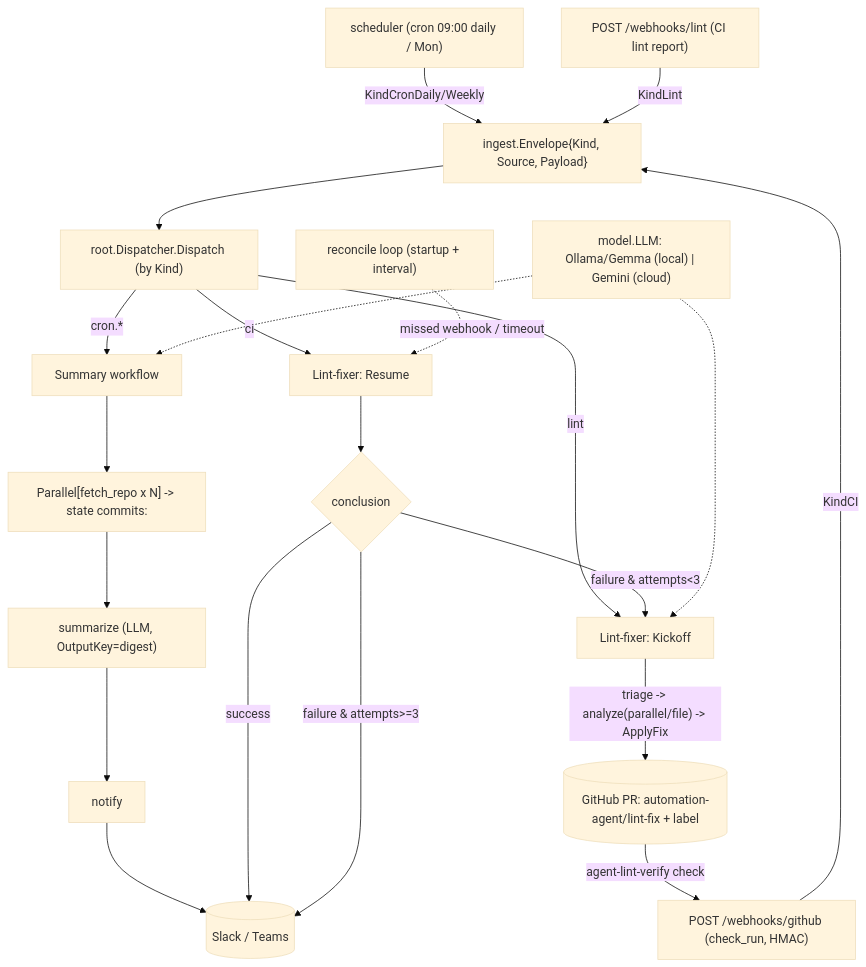
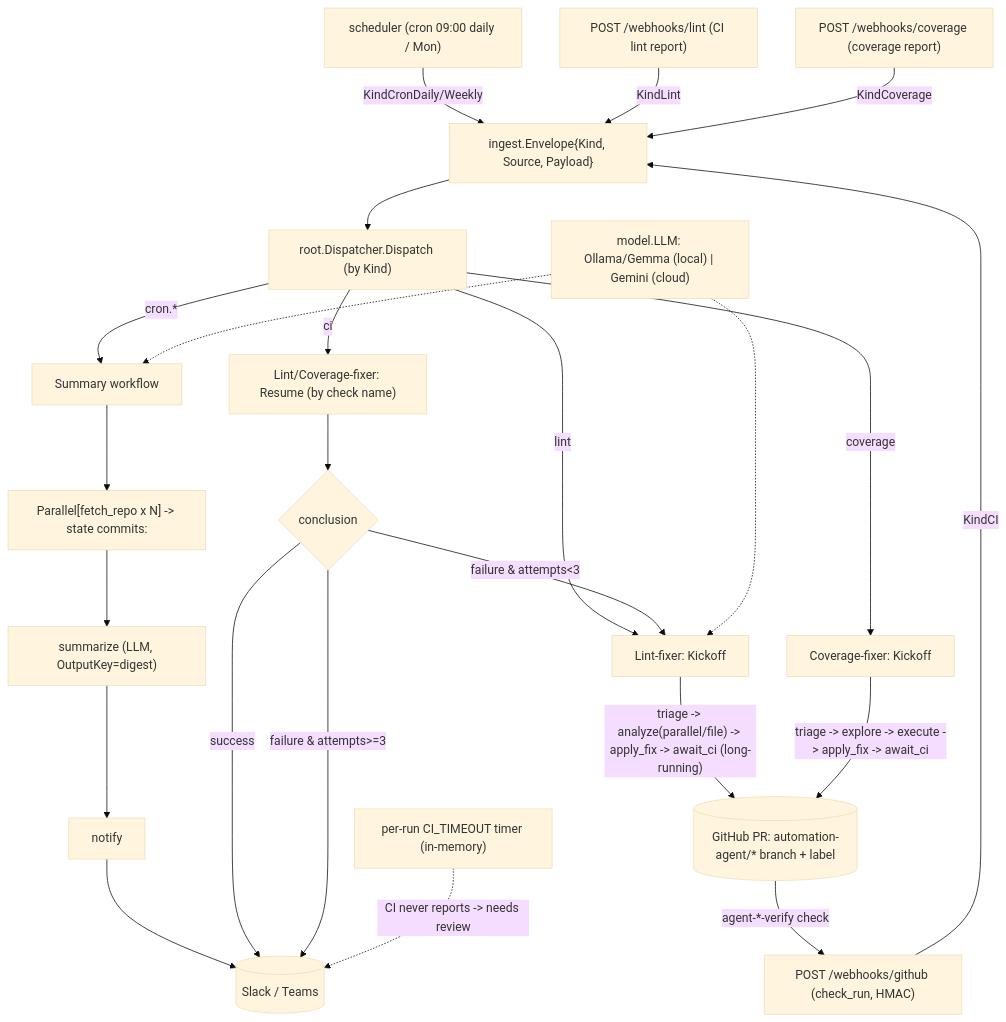
Before and after one commit to jkjamies/automation-agent: the diagram in AGENTS.md, drawn with Mermaid (base theme). The commit also changed other lines of this file and 13 other files, not shown here.

````diff
--- a/AGENTS.md
+++ b/AGENTS.md
@@ -9,25 +34,28 @@
 ```mermaid
 flowchart TD
     Cron["scheduler (cron 09:00 daily / Mon)"] -->|"KindCronDaily/Weekly"| Env["ingest.Envelope{Kind, Source, Payload}"]
     WLint["POST /webhooks/lint (CI lint report)"] -->|KindLint| Env
+    WCov["POST /webhooks/coverage (coverage report)"] -->|KindCoverage| Env
     WCI["POST /webhooks/github (check_run, HMAC)"] -->|KindCI| Env
     Env --> Root["root.Dispatcher.Dispatch (by Kind)"]
     Root -->|"cron.*"| Sum["Summary workflow"]
     Root -->|lint| LFK["Lint-fixer: Kickoff"]
-    Root -->|ci| LFR["Lint-fixer: Resume"]
+    Root -->|coverage| CFK["Coverage-fixer: Kickoff"]
+    Root -->|ci| LFR["Lint/Coverage-fixer: Resume (by check name)"]
 
     Sum --> Par["Parallel[fetch_repo x N] -> state commits:<repo>"]
     Par --> Smz["summarize (LLM, OutputKey=digest)"]
     Smz --> Ntf["notify"] --> Chat[("Slack / Teams")]
 
-    LFK -->|"triage -> analyze(parallel/file) -> ApplyFix"| PR[("GitHub PR: automation-agent/lint-fix + label")]
-    PR -->|"agent-lint-verify check"| WCI
+    LFK -->|"triage -> analyze(parallel/file) -> apply_fix -> await_ci (long-running)"| PR[("GitHub PR: automation-agent/* branch + label")]
+    CFK -->|"triage -> explore -> execute -> apply_fix -> await_ci"| PR
+    PR -->|"agent-*-verify check"| WCI
     LFR --> Dec{conclusion}
     Dec -->|success| Chat
     Dec -->|"failure & attempts<3"| LFK
     Dec -->|"failure & attempts>=3"| Chat
-    Recon["reconcile loop (startup + interval)"] -.->|"missed webhook / timeout"| LFR
+    TO["per-run CI_TIMEOUT timer (in-memory)"] -.->|"CI never reports -> needs review"| Chat
 
     Models["model.LLM: Ollama/Gemma (local) | Gemini (cloud)"] -.-> Sum
     Models -.-> LFK
 ```
````
